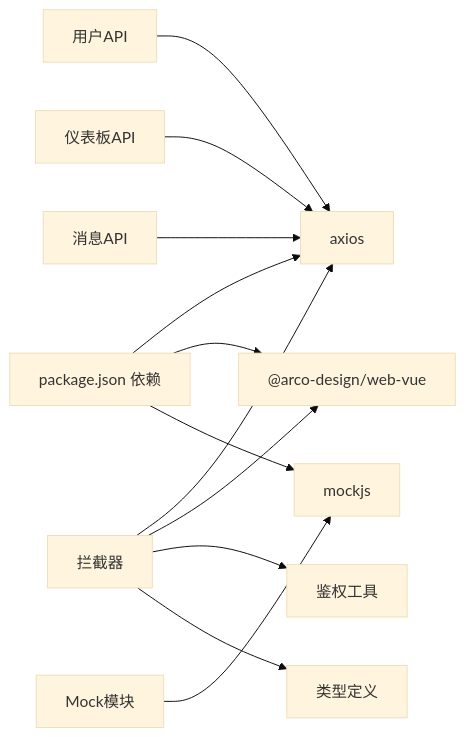
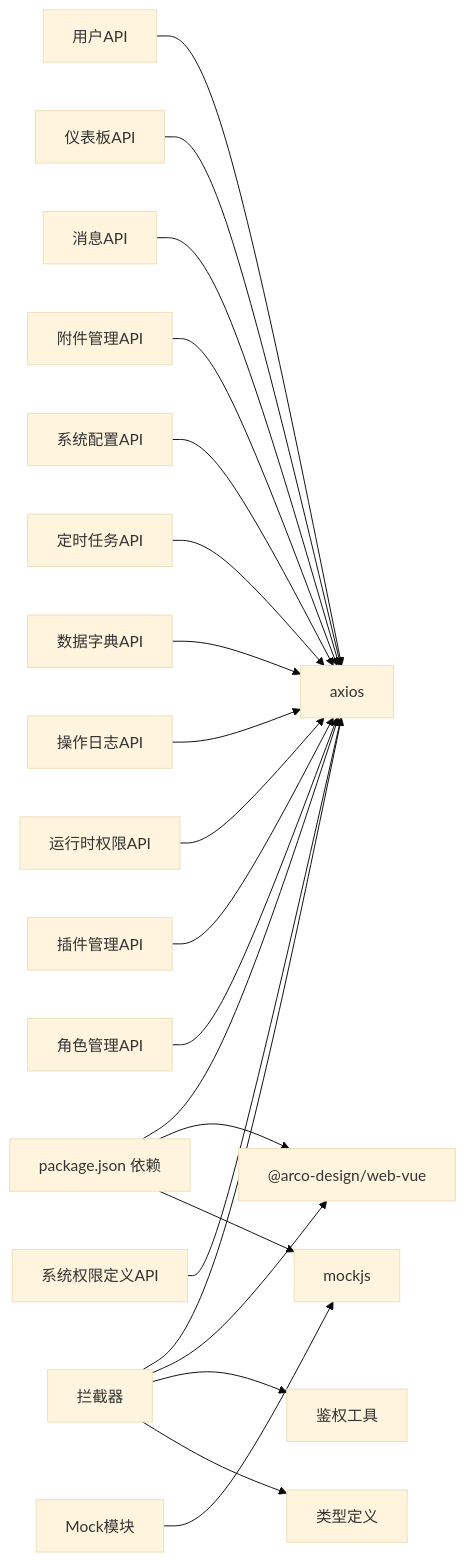
Before and after one commit to wuwuseo/e-sports-go-admin-web: the seventh of 7 diagrams in .qoder/repowiki/zh/content/API接口层/API模块/API模块.md, drawn with Mermaid (base theme). The commit also changed other lines of this file and 7 other files, not shown here.

````diff
--- a/.qoder/repowiki/zh/content/API接口层/API模块/API模块.md
+++ b/.qoder/repowiki/zh/content/API接口层/API模块/API模块.md
@@ -293,14 +565,23 @@
 ```mermaid
 graph LR
 P["package.json 依赖"] --> AX["axios"]
 P --> ARCO["@arco-design/web-vue"]
 P --> MOCK["mockjs"]
 UAPI["用户API"] --> AX
 DAPI["仪表板API"] --> AX
 MAPI["消息API"] --> AX
+AAPI["附件管理API"] --> AX
+CAAPI["系统配置API"] --> AX
+CJAPI["定时任务API"] --> AX
+DDAPI["数据字典API"] --> AX
+OLAPI["操作日志API"] --> AX
+PAPI["运行时权限API"] --> AX
+PLAPI["插件管理API"] --> AX
+RAPI["角色管理API"] --> AX
+SPAPI["系统权限定义API"] --> AX
 INT["拦截器"] --> AX
 INT --> ARCO
 INT --> AUTH["鉴权工具"]
 INT --> TYPES["类型定义"]
 MOCKS["Mock模块"] --> MOCK
 ```
````
